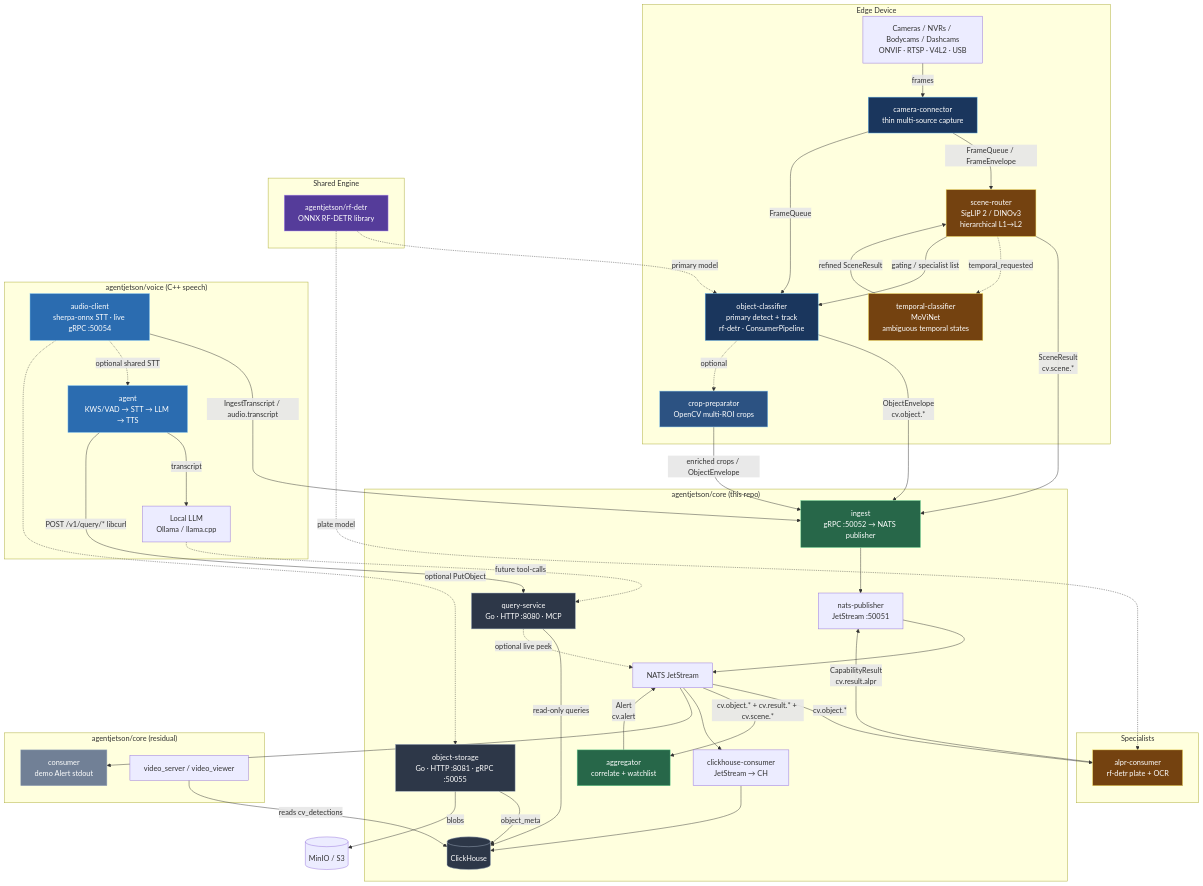
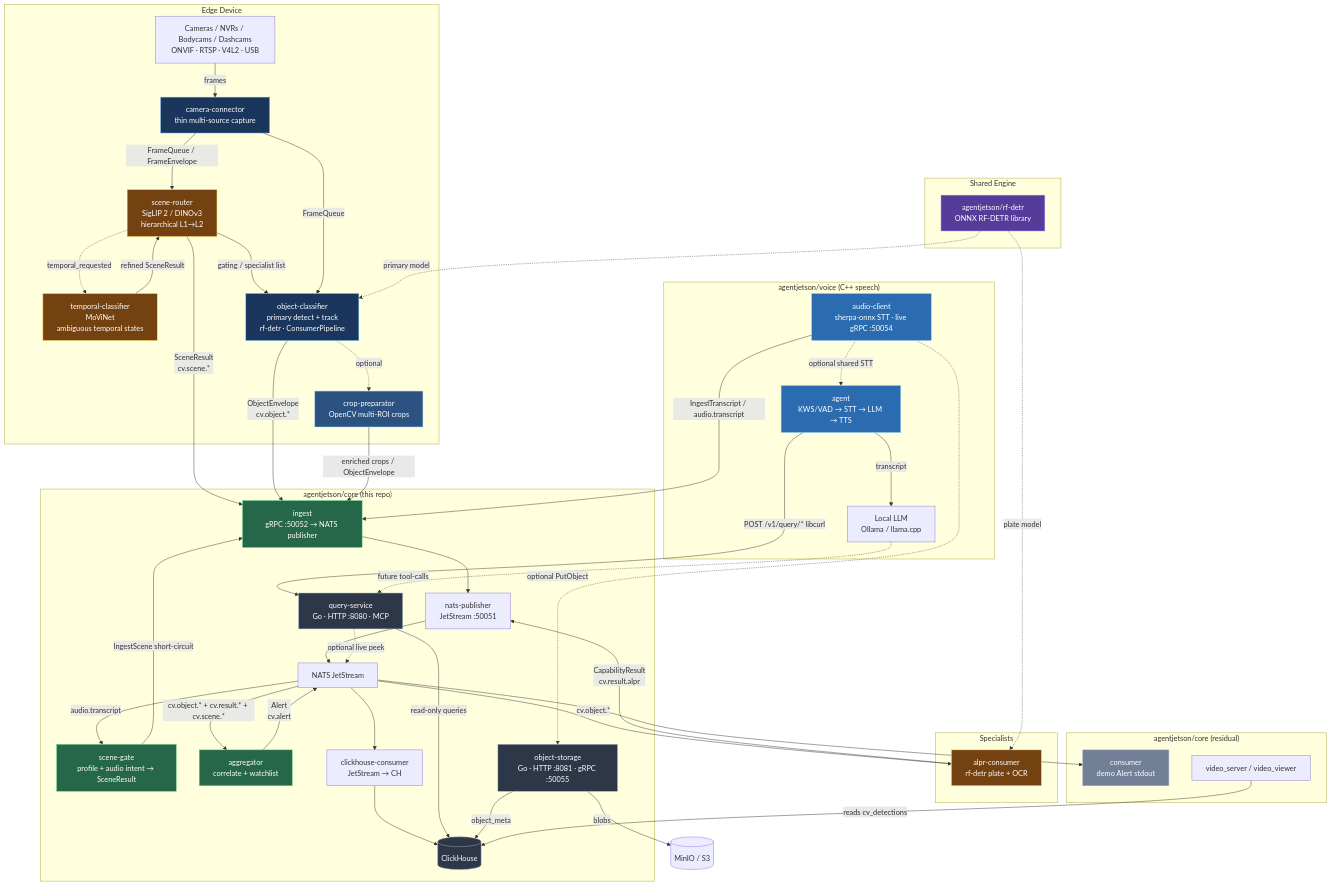
Before and after one commit to agentjetson/contract: the diagram in ARCHITECTURE.md, drawn with Mermaid. The commit also changed other lines of this file and 2 other files, not shown here.

First line of the commit message:
feat(scene-gate): wire into docker-compose, ARCHITECTURE, nats-subjects

```diff
--- a/ARCHITECTURE.md
+++ b/ARCHITECTURE.md
@@ -14,6 +14,7 @@
 subgraph Contract["agentjetson/core (this repo)"]
 ING[ingest<br/>gRPC :50052 → NATS publisher]
 NP[nats-publisher<br/>JetStream :50051]
+SG[scene-gate<br/>profile + audio intent → SceneResult]
 AGG[aggregator<br/>correlate + watchlist]
 CHC[clickhouse-consumer<br/>JetStream → CH]
 CH[(ClickHouse)]
@@ -66,6 +67,8 @@
 RFD -.->|plate model| ALPR
 
 AC -->|IngestTranscript / audio.transcript| ING
+NATS -->|audio.transcript| SG
+SG -->|IngestScene short-circuit| ING
 AC -.->|optional shared STT| VA
 AC -.->|optional PutObject| OBS
 VA -->|transcript| LLM
@@ -83,6 +86,7 @@
 style OC fill:#1a365d,stroke:#63b3ed,color:#fff
 style CP fill:#2c5282,stroke:#90cdf4,color:#fff
 style ING fill:#276749,stroke:#68d391,color:#fff
+style SG fill:#276749,stroke:#68d391,color:#fff
 style AGG fill:#276749,stroke:#68d391,color:#fff
 style ALPR fill:#744210,stroke:#f6e05e,color:#fff
 style RFD fill:#553c9a,stroke:#b794f4,color:#fff
```
